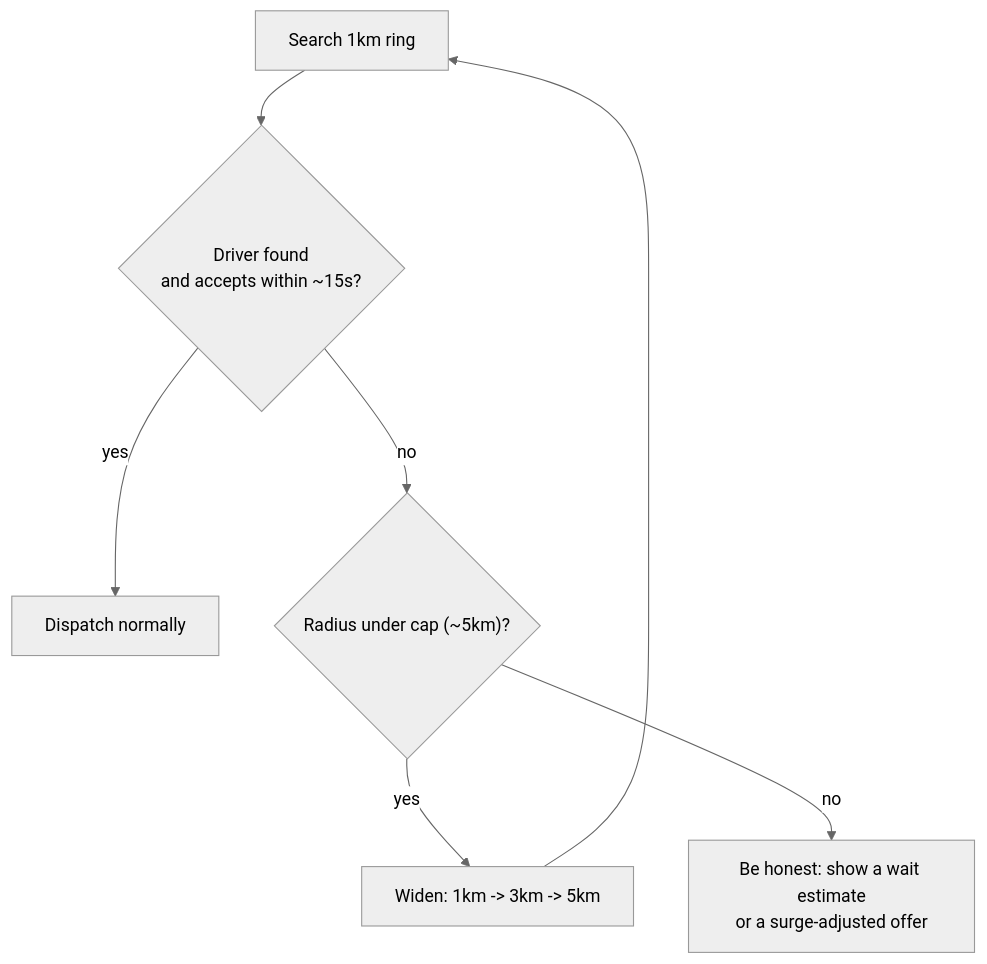
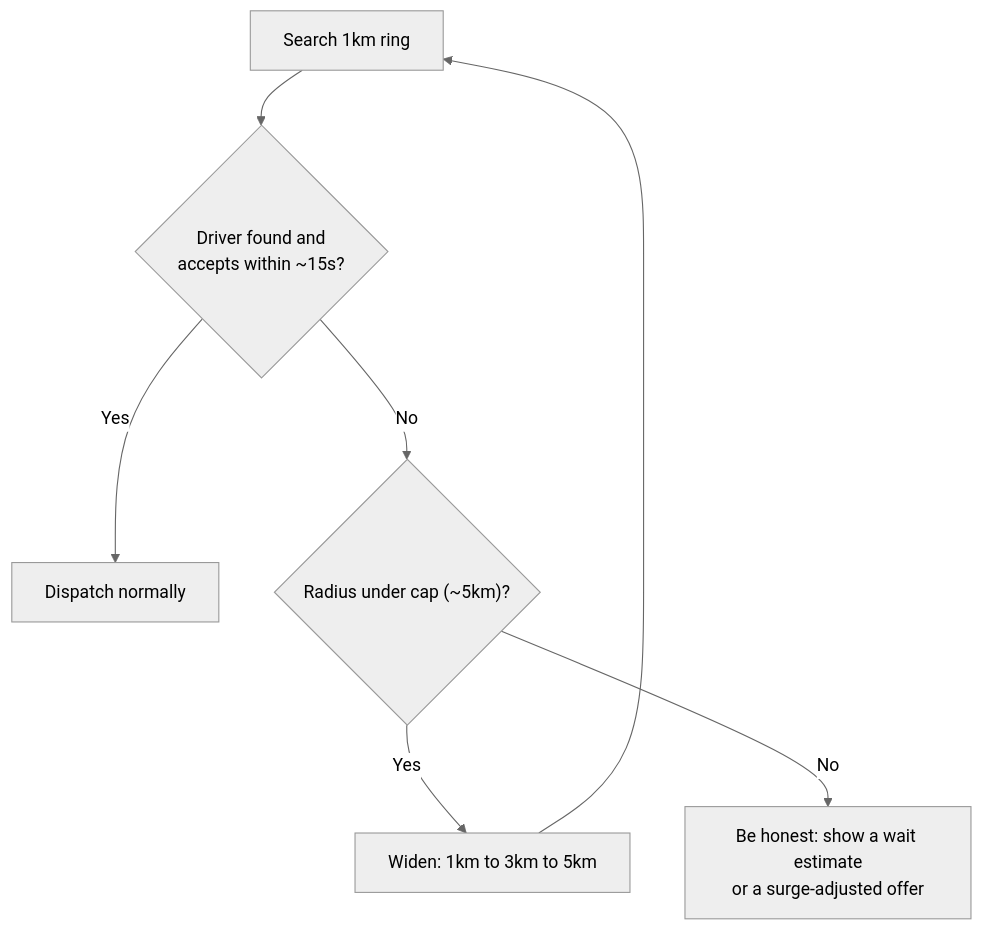
Before and after one commit to riyaz-pasha/Learnings: the seventh of 16 diagrams in system-design/HLD/0-course/30-Design Uber-FAANG-Guide-story.md, drawn with Mermaid (neutral theme). The commit also changed other lines of this file and 1 other file, not shown here.

First line of the commit message:
[REWRITE] Design Uber guides: simplify prose, add structure, fix dark-theme diagrams

````diff
--- a/system-design/HLD/0-course/30-Design Uber-FAANG-Guide-story.md
+++ b/system-design/HLD/0-course/30-Design Uber-FAANG-Guide-story.md
@@ -199,8 +465,8 @@
 ```mermaid
 flowchart TD
-    A["Search 1km ring"] --> B{"Driver found\nand accepts within ~15s?"}
-    B -- yes --> C["Dispatch normally"]
-    B -- no --> D{"Radius under cap (~5km)?"}
-    D -- yes --> E["Widen: 1km -> 3km -> 5km"] --> A
-    D -- no --> F["Be honest: show a wait estimate\nor a surge-adjusted offer"]
+    A["Search 1km ring"] --> B{"Driver found and<br/>accepts within ~15s?"}
+    B -- Yes --> C["Dispatch normally"]
+    B -- No --> D{"Radius under cap (~5km)?"}
+    D -- Yes --> E["Widen: 1km to 3km to 5km"] --> A
+    D -- No --> F["Be honest: show a wait estimate<br/>or a surge-adjusted offer"]
 ```
````
